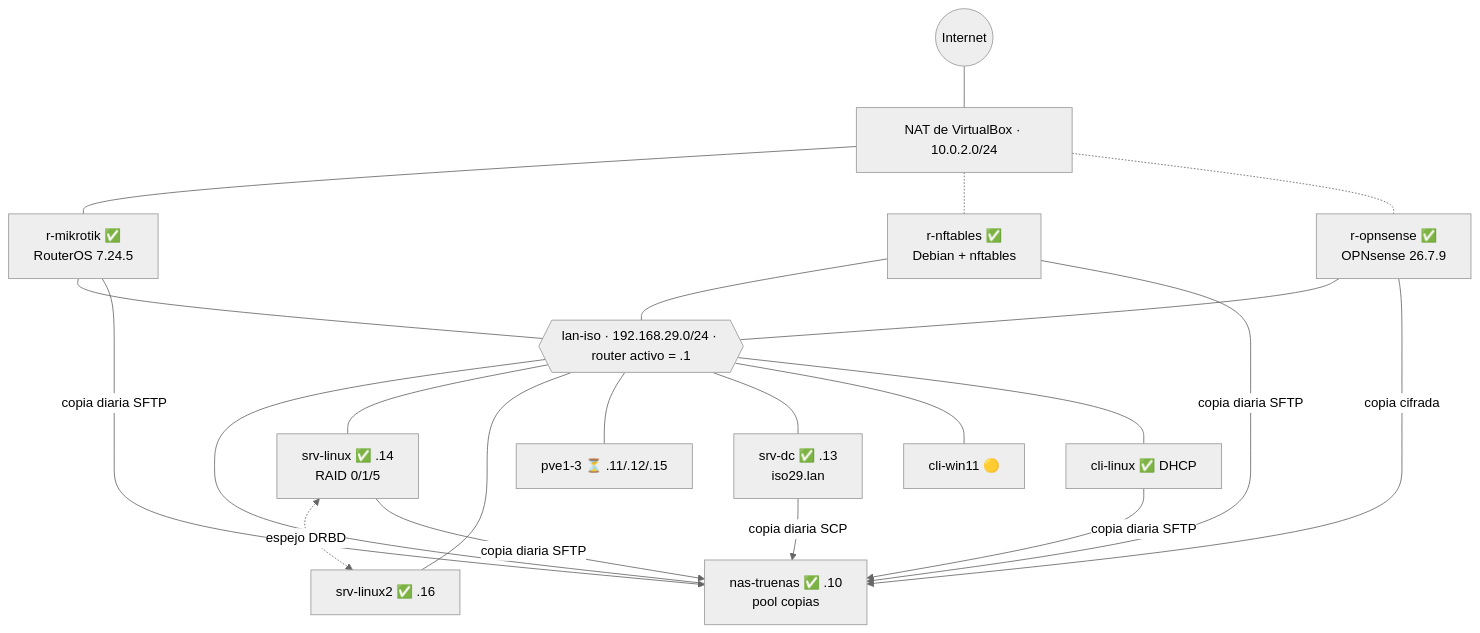
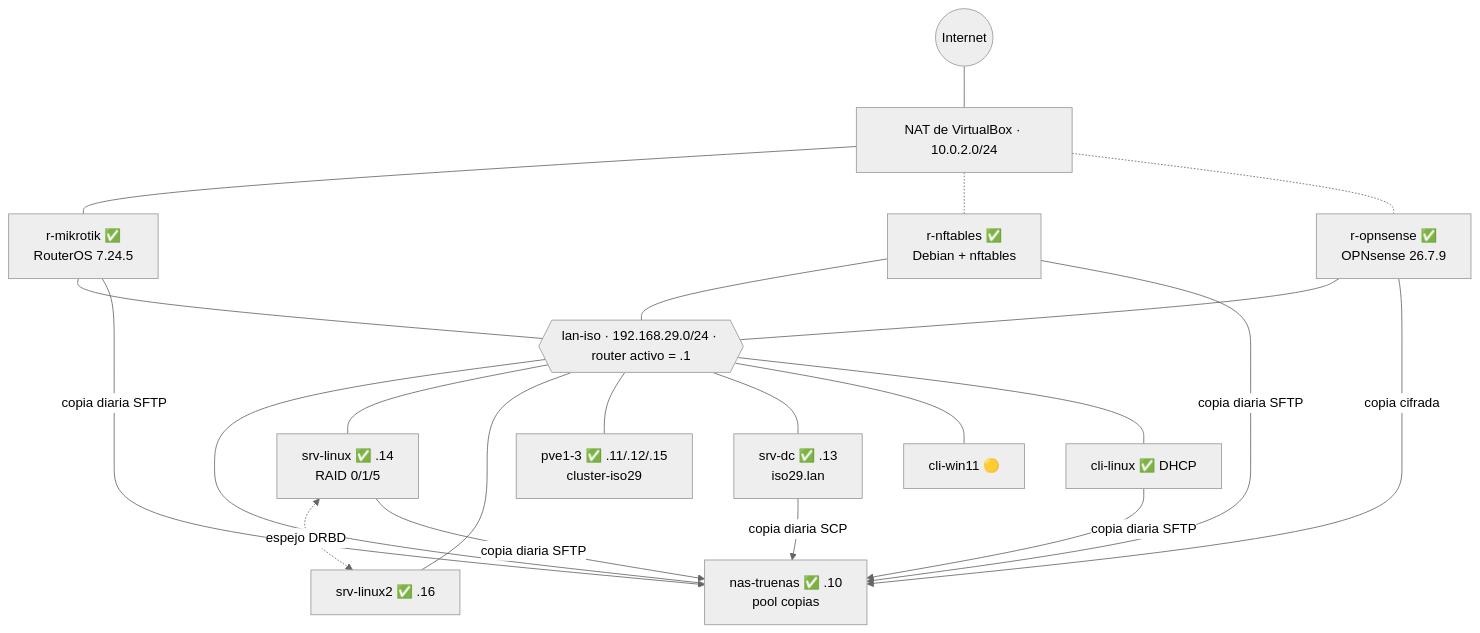
The diagram in README.md (mau550/ASIX-THINKLAB-INDIVIDUAL-2026), drawn with Mermaid (neutral theme) before and after one commit. The commit also changed other lines of this file and 18 other files, not shown here.

````diff
--- a/README.md
+++ b/README.md
@@ -20,22 +20,22 @@
 ```mermaid
 flowchart TB
     INET((Internet)) --- NAT["NAT de VirtualBox · 10.0.2.0/24"]
     NAT --- MK["r-mikrotik ✅<br/>RouterOS 7.24.5"]
     NAT -.- NFT["r-nftables ✅<br/>Debian + nftables"]
     NAT -.- OPN["r-opnsense ✅<br/>OPNsense 26.7.9"]
     MK & NFT & OPN --- LAN{{"lan-iso · 192.168.29.0/24 · router activo = .1"}}
     LAN --- NAS["nas-truenas ✅ .10<br/>pool copias"]
     LAN --- SRV["srv-linux ✅ .14<br/>RAID 0/1/5"]
     LAN --- SRV2["srv-linux2 ✅ .16"]
     SRV <-. "espejo DRBD" .-> SRV2
-    LAN --- PVE["pve1-3 ⏳ .11/.12/.15"]
+    LAN --- PVE["pve1-3 ✅ .11/.12/.15<br/>cluster-iso29"]
     LAN --- DC["srv-dc ✅ .13<br/>iso29.lan"]
     LAN --- CW["cli-win11 🟡"]
     LAN --- CL["cli-linux ✅ DHCP"]
     SRV -- "copia diaria SFTP" --> NAS
     NFT -- "copia diaria SFTP" --> NAS
     MK -- "copia diaria SFTP" --> NAS
     DC -- "copia diaria SCP" --> NAS
     CL -- "copia diaria SFTP" --> NAS
     OPN -- "copia cifrada" --> NAS
 ```
````
